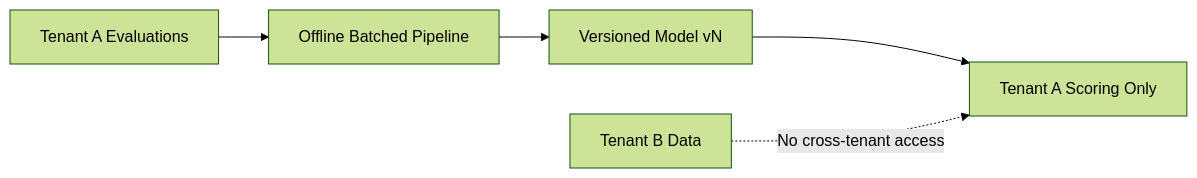
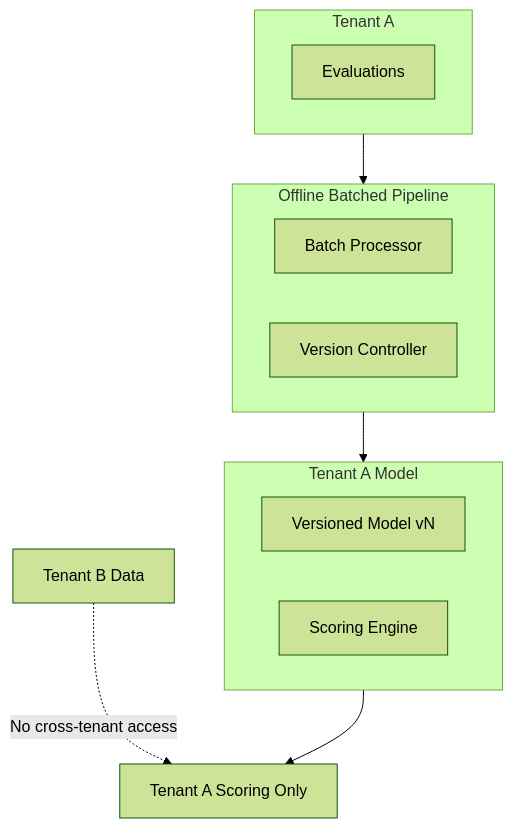
One commit to AdminDev12/mintlify-docs changed the diagram in concepts/per-tenant-compounding.mdx. Above: the diagram before and after it, drawn with Mermaid (forest theme). The commit also changed other lines of this file and 33 other files, not shown here.

First line of the commit message:
Update branding, Mermaid diagrams, and content formatting

````diff
--- a/concepts/per-tenant-compounding.mdx
+++ b/concepts/per-tenant-compounding.mdx
@@ -21,7 +21,24 @@
 ```mermaid
-graph LR
-    A[Tenant A Evaluations] --> B[Offline Batched Pipeline]
-    B --> C[Versioned Model vN]
-    C --> D[Tenant A Scoring Only]
-    E[Tenant B Data] -.->|No cross-tenant access| D
+graph TB
+    subgraph TenantA["Tenant A"]
+        A_Evals["Evaluations"]
+    end
+
+    subgraph OfflinePipeline["Offline Batched Pipeline"]
+        direction LR
+        Batch["Batch Processor"]
+        Versioning["Version Controller"]
+    end
+
+    subgraph TenantModel["Tenant A Model"]
+        direction LR
+        ModelVN["Versioned Model vN"]
+        ScoringEngine["Scoring Engine"]
+    end
+
+    TenantA --> OfflinePipeline
+    OfflinePipeline --> TenantModel
+    TenantModel --> Output["Tenant A Scoring Only"]
+
+    TenantB["Tenant B Data"] -.->|No cross-tenant access| Output
 ```
````
